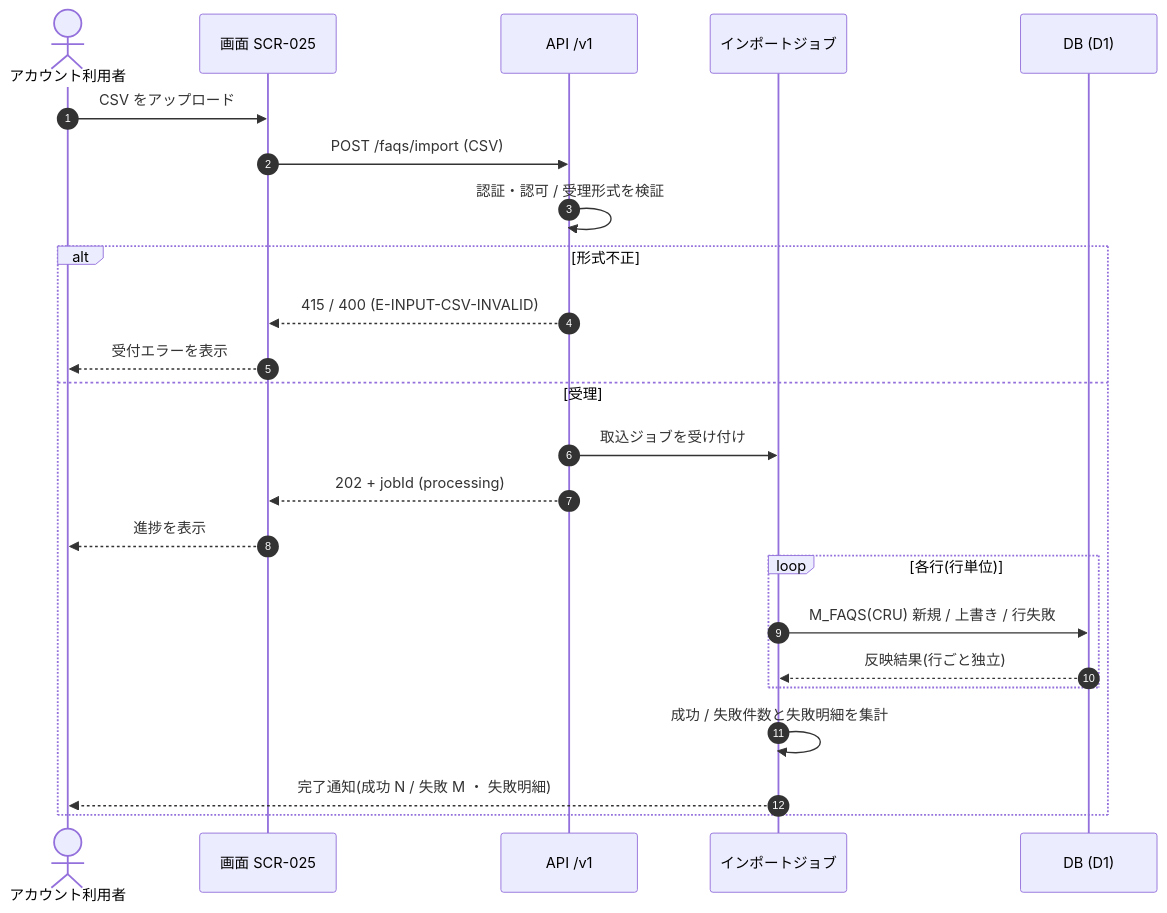
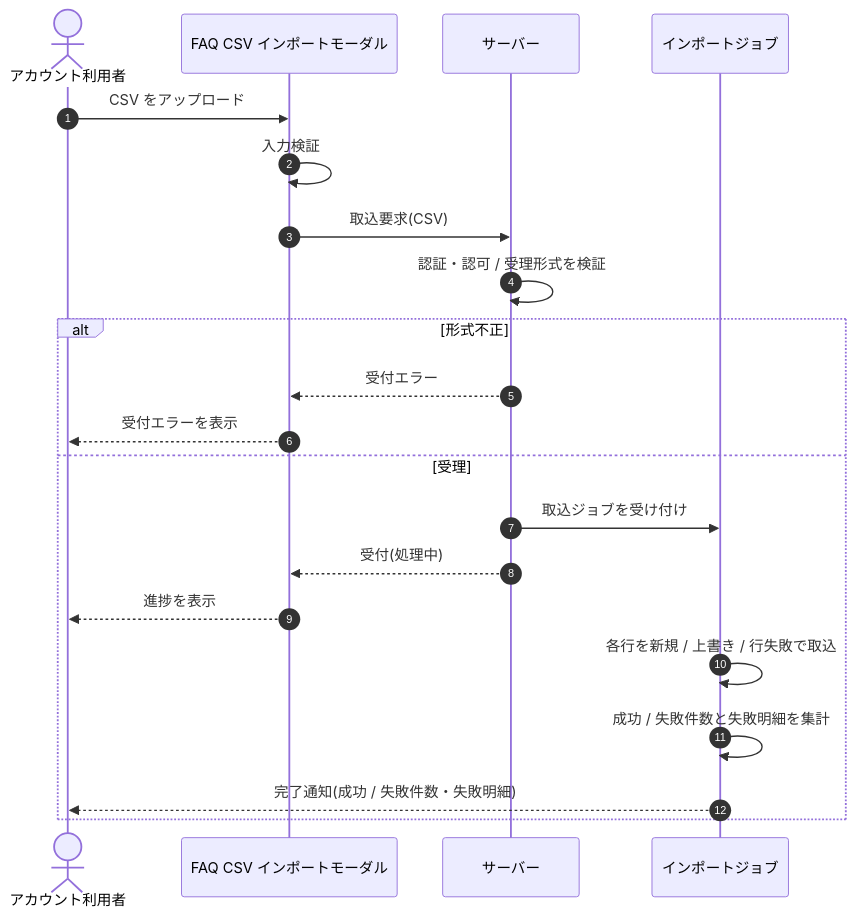
Before and after one commit to sikakou54/open-faq: the diagram in 02_basic_design/05_sequences/SEQ-090.md, drawn with Mermaid. The commit also changed other lines of this file and 108 other files, not shown here.

First line of the commit message:
基本設計: シーケンス図を基本設計粒度(ユーザー/画面/サーバー)へ再編成

````diff
--- a/02_basic_design/05_sequences/SEQ-090.md
+++ b/02_basic_design/05_sequences/SEQ-090.md
@@ -25,26 +32,23 @@
 ```mermaid
 sequenceDiagram
   autonumber
   actor U as アカウント利用者
-  participant S as 画面 SCR-025
-  participant API as API /v1
+  participant Screen as FAQ CSV インポートモーダル
+  participant Server as サーバー
   participant J as インポートジョブ
-  participant DB as DB (D1)
-  U->>S: CSV をアップロード
-  S->>API: POST /faqs/import (CSV)
-  API->>API: 認証・認可 / 受理形式を検証
+  U->>Screen: CSV をアップロード
+  Screen->>Screen: 入力検証
+  Screen->>Server: 取込要求(CSV)
+  Server->>Server: 認証・認可 / 受理形式を検証
   alt 形式不正
-    API-->>S: 415 / 400 (E-INPUT-CSV-INVALID)
-    S-->>U: 受付エラーを表示
+    Server-->>Screen: 受付エラー
+    Screen-->>U: 受付エラーを表示
   else 受理
-    API->>J: 取込ジョブを受け付け
-    API-->>S: 202 + jobId (processing)
-    S-->>U: 進捗を表示
-    loop 各行(行単位)
-      J->>DB: M_FAQS(CRU) 新規 / 上書き / 行失敗
-      DB-->>J: 反映結果(行ごと独立)
-    end
+    Server->>J: 取込ジョブを受け付け
+    Server-->>Screen: 受付(処理中)
+    Screen-->>U: 進捗を表示
+    J->>J: 各行を新規 / 上書き / 行失敗で取込
     J->>J: 成功 / 失敗件数と失敗明細を集計
-    J-->>U: 完了通知(成功 N / 失敗 M ・ 失敗明細)
+    J-->>U: 完了通知(成功 / 失敗件数・失敗明細)
   end
 ```
````
